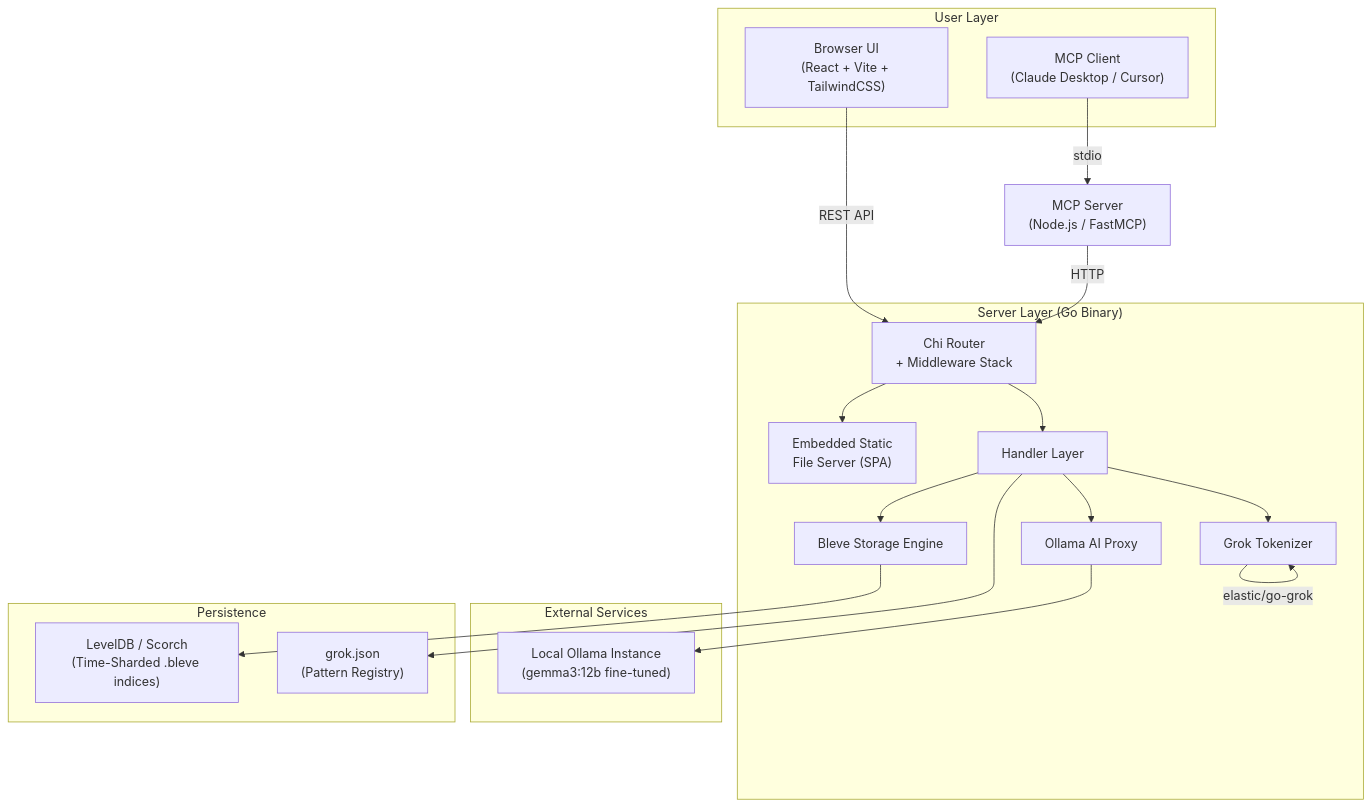
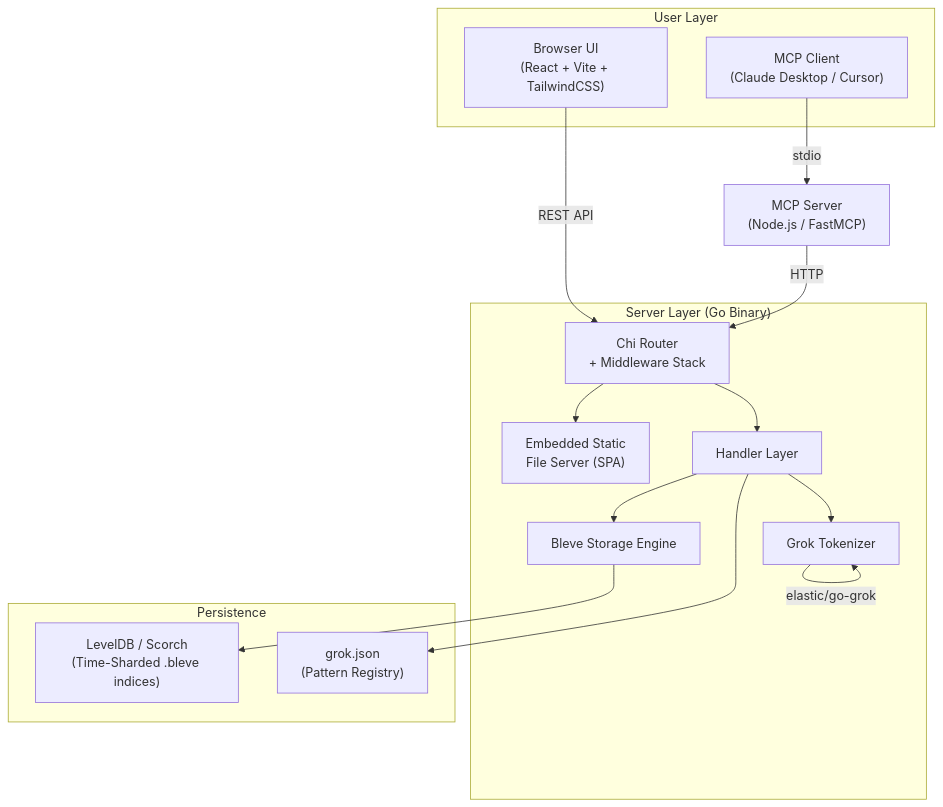
Before and after one commit to logsonic/logsonic: the first of 8 diagrams in docs/System_Architecture.md, drawn with Mermaid. The commit also changed other lines of this file and 17 other files, not shown here.

````diff
--- a/docs/System_Architecture.md
+++ b/docs/System_Architecture.md
@@ -11,41 +11,33 @@
 ```mermaid
 graph TB
     subgraph "User Layer"
         Browser["Browser UI<br/>(React + Vite + TailwindCSS)"]
         MCP_Client["MCP Client<br/>(Claude Desktop / Cursor)"]
     end
 
     subgraph "Server Layer (Go Binary)"
         Router["Chi Router<br/>+ Middleware Stack"]
         Static["Embedded Static<br/>File Server (SPA)"]
         Handlers["Handler Layer"]
         Tokenizer["Grok Tokenizer"]
         Storage["Bleve Storage Engine"]
-        AI_Proxy["Ollama AI Proxy"]
-    end
-
-    subgraph "External Services"
-        Ollama["Local Ollama Instance<br/>(gemma3:12b fine-tuned)"]
     end
 
     subgraph "Persistence"
         LevelDB["LevelDB / Scorch<br/>(Time-Sharded .bleve indices)"]
         GrokJSON["grok.json<br/>(Pattern Registry)"]
     end
 
     Browser -->|"REST API"| Router
     MCP_Client -->|"stdio"| MCP_Server
     MCP_Server["MCP Server<br/>(Node.js / FastMCP)"] -->|"HTTP"| Router
 
     Router --> Static
     Router --> Handlers
     Handlers --> Tokenizer
     Handlers --> Storage
-    Handlers --> AI_Proxy
-
-    AI_Proxy --> Ollama
 
     Storage --> LevelDB
     Handlers --> GrokJSON
     Tokenizer -->|"elastic/go-grok"| Tokenizer
 ```
````
